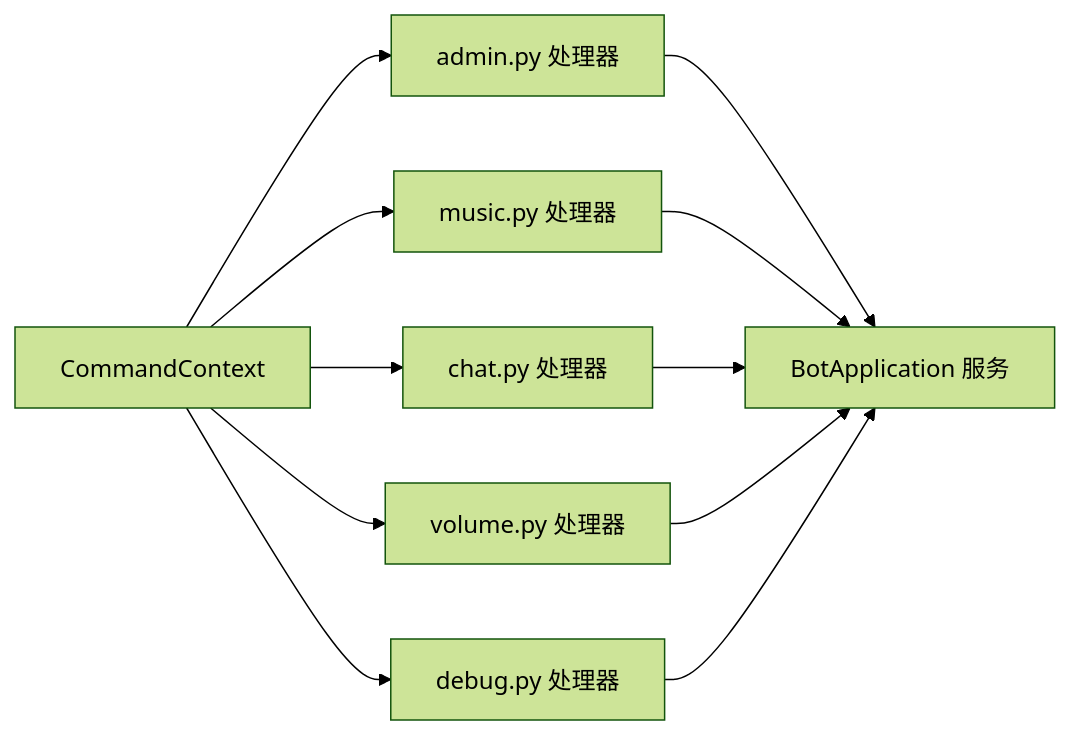
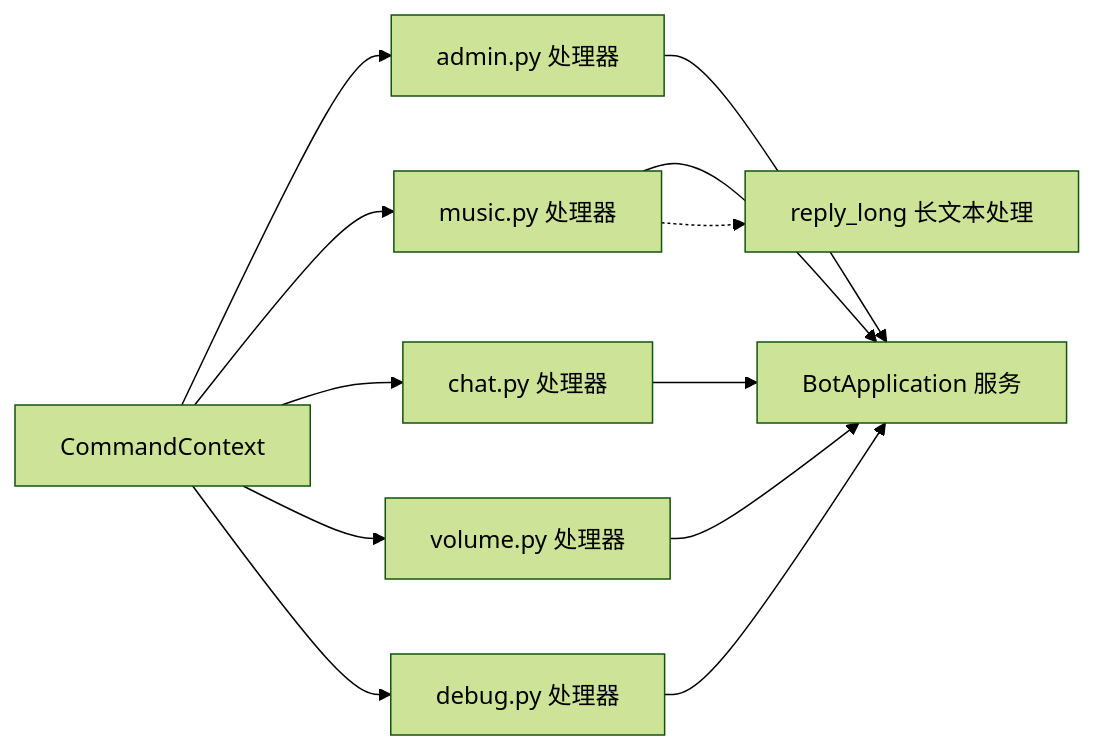
The sixth of 7 diagrams in .qoder/repowiki/zh/content/命令系统/命令上下文管理.md (GhoulOwl/Teamspeak3_Bot), drawn with Mermaid (forest theme) before and after one commit. The commit also changed other lines of this file and 7 other files, not shown here.

````diff
--- a/.qoder/repowiki/zh/content/命令系统/命令上下文管理.md
+++ b/.qoder/repowiki/zh/content/命令系统/命令上下文管理.md
@@ -226,13 +294,14 @@
 ```mermaid
 graph LR
 CC["CommandContext"] --> ADMIN["admin.py 处理器"]
 CC --> MUSIC["music.py 处理器"]
 CC --> CHAT["chat.py 处理器"]
 CC --> VOLUME["volume.py 处理器"]
 CC --> DEBUG["debug.py 处理器"]
 ADMIN --> APP["BotApplication 服务"]
 MUSIC --> APP
 CHAT --> APP
 VOLUME --> APP
 DEBUG --> APP
+MUSIC -.-> LONG["reply_long 长文本处理"]
 ```
````
